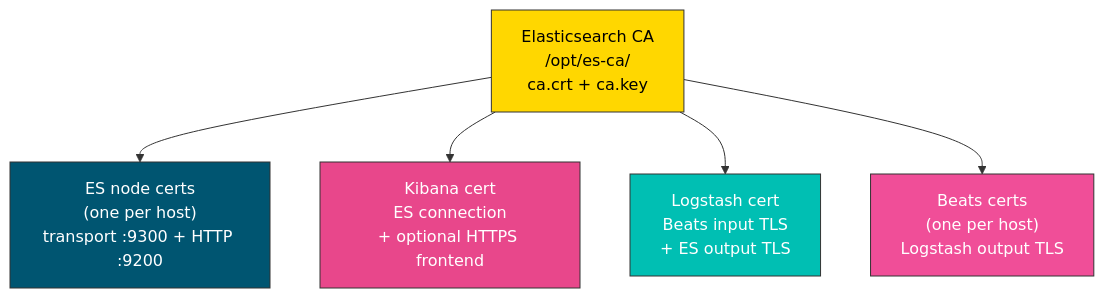
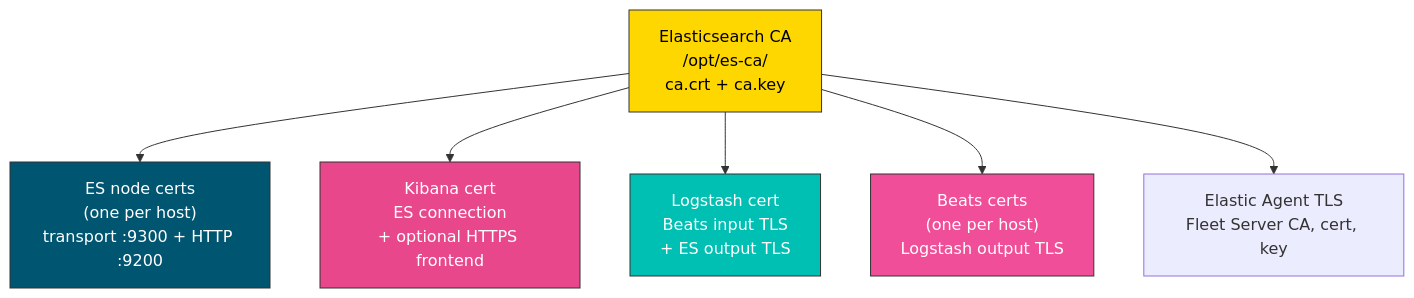
Before and after one commit to Oddly/elasticstack: the third of 5 diagrams in docs/guide/architecture.md, drawn with Mermaid. The commit also changed other lines of this file and 95 other files, not shown here.

First line of the commit message:
feat(agent): add Elastic Agent role (#230)

````diff
--- a/docs/guide/architecture.md
+++ b/docs/guide/architecture.md
@@ -74,15 +97,16 @@
 ```mermaid
 graph TD
     CA["Elasticsearch CA<br/>/opt/es-ca/<br/>ca.crt + ca.key"]
 
     CA --> ES_CERT["ES node certs<br/>(one per host)<br/>transport :9300 + HTTP :9200"]
     CA --> KB_CERT["Kibana cert<br/>ES connection<br/>+ optional HTTPS frontend"]
     CA --> LS_CERT["Logstash cert<br/>Beats input TLS<br/>+ ES output TLS"]
     CA --> BT_CERT["Beats certs<br/>(one per host)<br/>Logstash output TLS"]
+    CA --> EA_CERT["Elastic Agent TLS<br/>Fleet Server CA, cert, key"]
 
     style CA fill:#ffd700,stroke:#333,color:#000
     style ES_CERT fill:#005571,stroke:#333,color:#fff
     style KB_CERT fill:#e8478b,stroke:#333,color:#fff
     style LS_CERT fill:#00bfb3,stroke:#333,color:#fff
     style BT_CERT fill:#f04e98,stroke:#333,color:#fff
 ```
````
